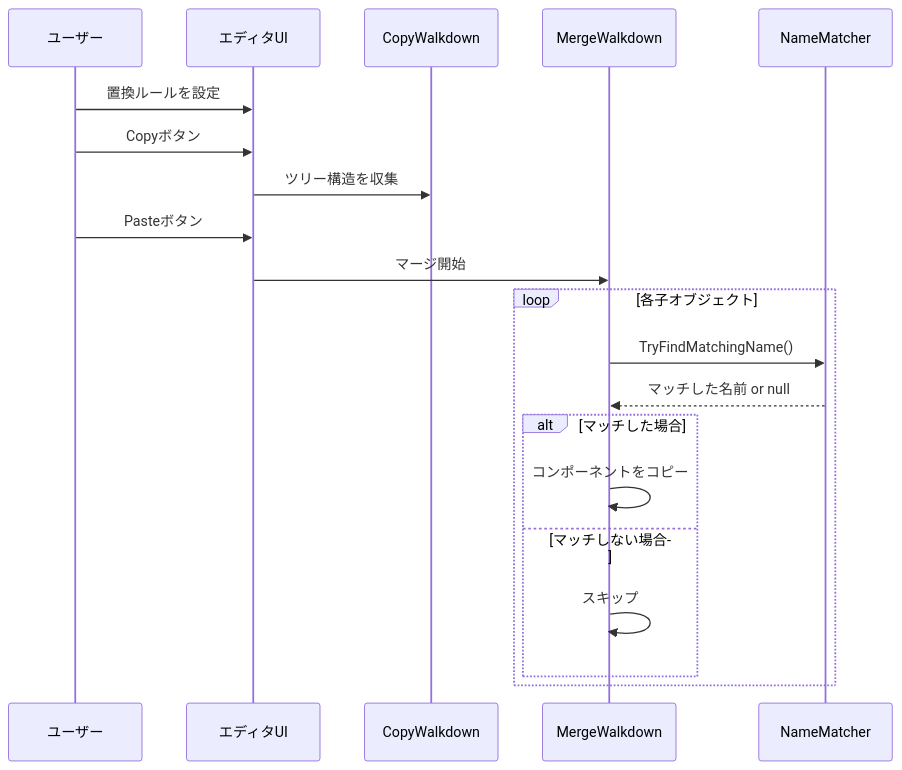
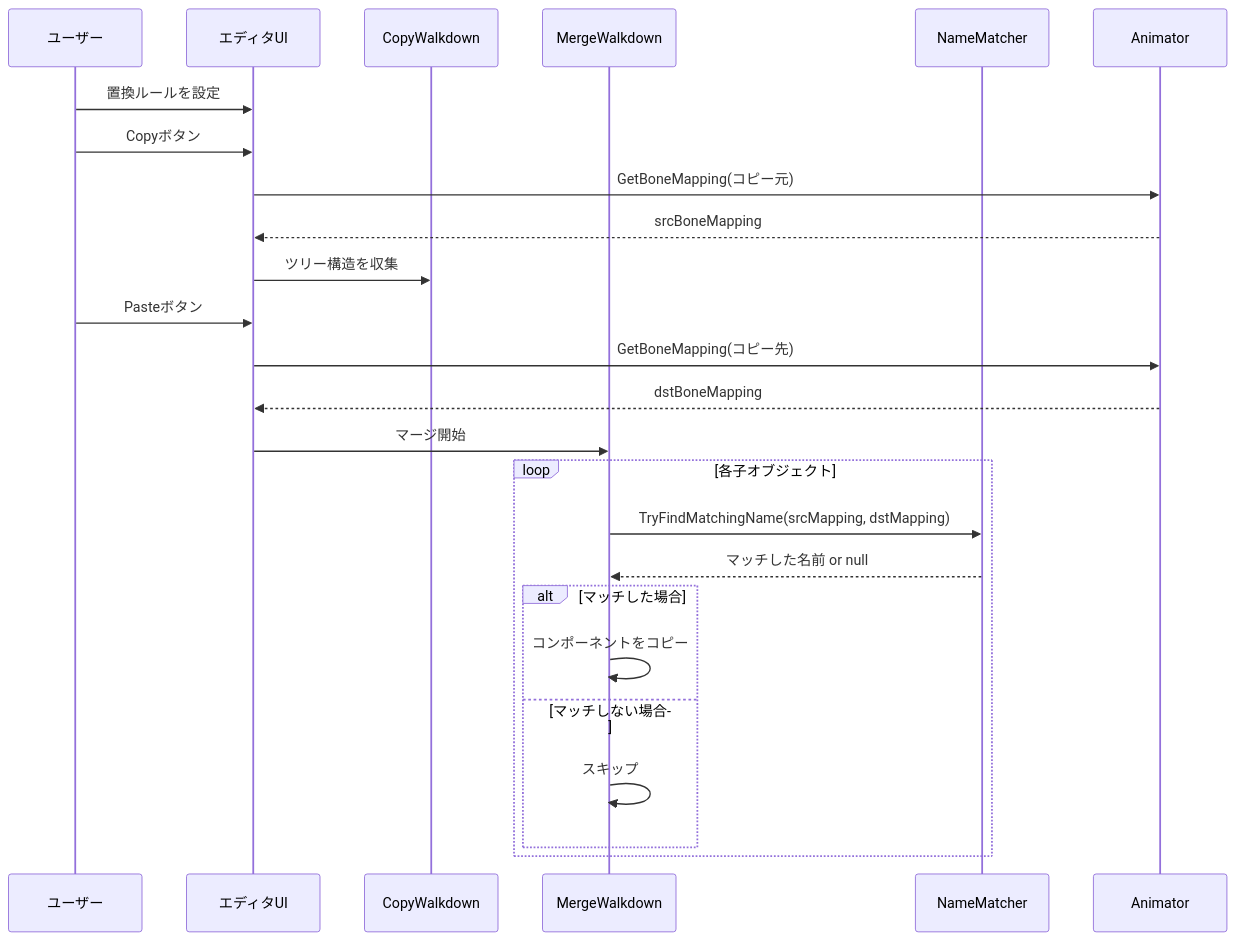
Before and after one commit to Taremin/CopyComponentsByRegex: the eighth of 8 diagrams in docs/name_mapping_guide.md, drawn with Mermaid. The commit also changed other lines of this file and 2 other files, not shown here.

Commit message:
docs: 処理フロー図とエイリアス言及を動的マッピング方式に更新
name_mapping_guide.mdの処理フロー図を動的マッピング方式に更新し、
全ドキュメントから「エイリアス」への言及を削除しました。

## 変更内容

### name_mapping_guide.md
- フローチャート: 「エイリアスで照合」→「ボーンマッピングで同じHumanBodyBonesか確認」
- シーケンス図: Animatorパーティシパント追加、GetBoneMapping呼び出しを追加

### README.md
- テスト内容: 「HumanoidBoneエイリアス」→「HumanoidBone動的マッピング」

### GEMINI.md
- 置換リスト機能: 「エイリアスを使用」→「動的に取得」

````diff
--- a/docs/name_mapping_guide.md
+++ b/docs/name_mapping_guide.md
@@ -248,25 +248,30 @@
 ```mermaid
 sequenceDiagram
     participant User as ユーザー
     participant UI as エディタUI
     participant Copy as CopyWalkdown
     participant Merge as MergeWalkdown
     participant NM as NameMatcher
+    participant Animator as Animator
 
     User->>UI: 置換ルールを設定
     User->>UI: Copyボタン
+    UI->>Animator: GetBoneMapping(コピー元)
+    Animator-->>UI: srcBoneMapping
     UI->>Copy: ツリー構造を収集
     
     User->>UI: Pasteボタン
+    UI->>Animator: GetBoneMapping(コピー先)
+    Animator-->>UI: dstBoneMapping
     UI->>Merge: マージ開始
     
     loop 各子オブジェクト
-        Merge->>NM: TryFindMatchingName()
+        Merge->>NM: TryFindMatchingName(srcMapping, dstMapping)
         NM-->>Merge: マッチした名前 or null
         alt マッチした場合
             Merge->>Merge: コンポーネントをコピー
         else マッチしない場合
             Merge->>Merge: スキップ
         end
     end
 ```
````
